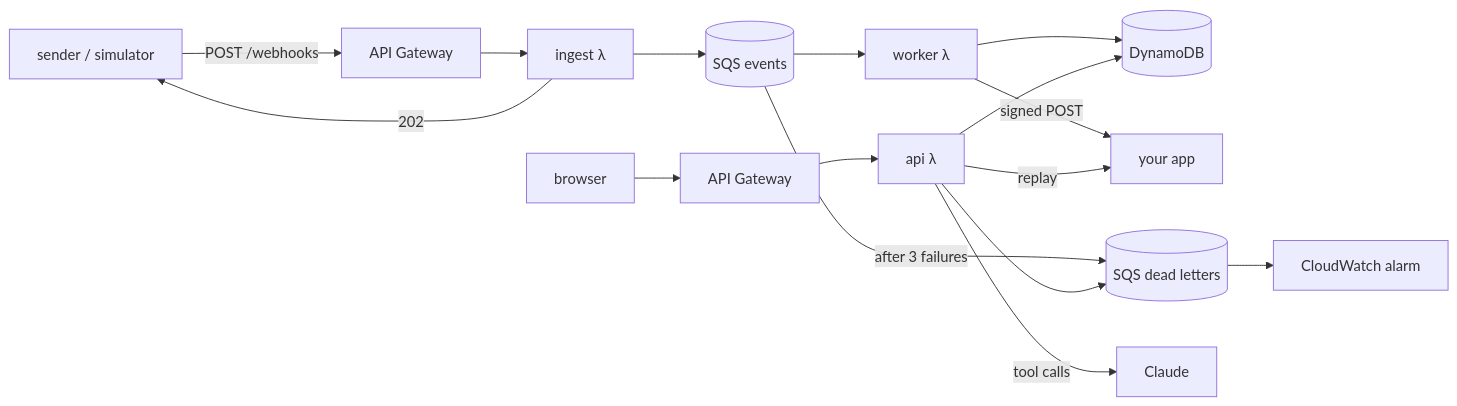
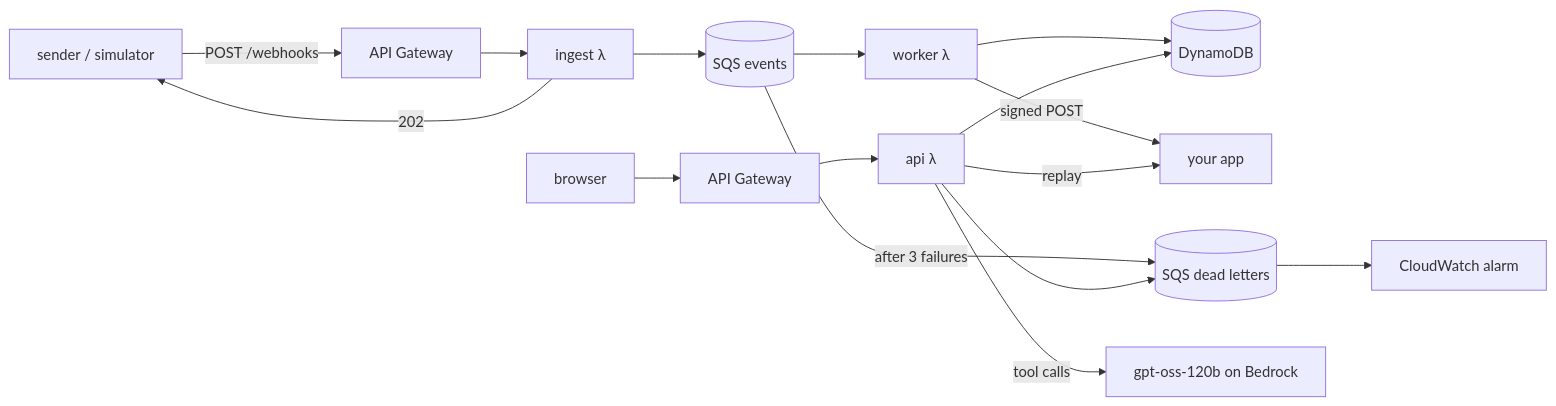
Before and after one commit to NathanYearout/tailhook: the diagram in docs/design.md, drawn with Mermaid. The commit also changed other lines of this file and 13 other files, not shown here.

First line of the commit message:
Run the agent on gpt-oss-120b and keep it on topic

````diff
--- a/docs/design.md
+++ b/docs/design.md
@@ -43,17 +44,17 @@
 ```mermaid
 flowchart LR
     S[sender / simulator] -- POST /webhooks --> G1[API Gateway]
     G1 --> I[ingest λ]
     I -- 202 --> S
     I --> Q[(SQS events)]
     Q --> W[worker λ]
     W --> D[(DynamoDB)]
     W -- signed POST --> A[your app]
     Q -- after 3 failures --> DLQ[(SQS dead letters)]
     DLQ --> AL[CloudWatch alarm]
     B[browser] --> G2[API Gateway] --> P[api λ]
     P --> D
     P --> DLQ
     P -- replay --> A
-    P -- tool calls --> C[Claude]
+    P -- tool calls --> C[gpt-oss-120b on Bedrock]
 ```
````
